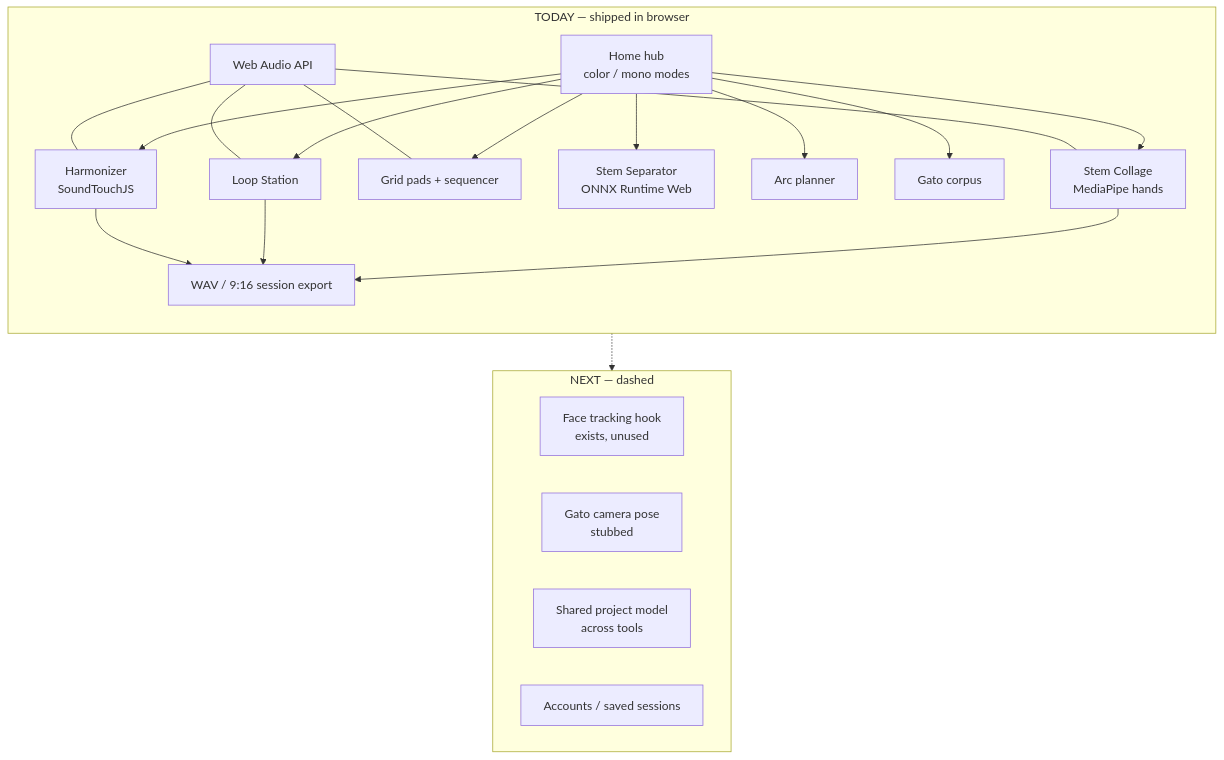
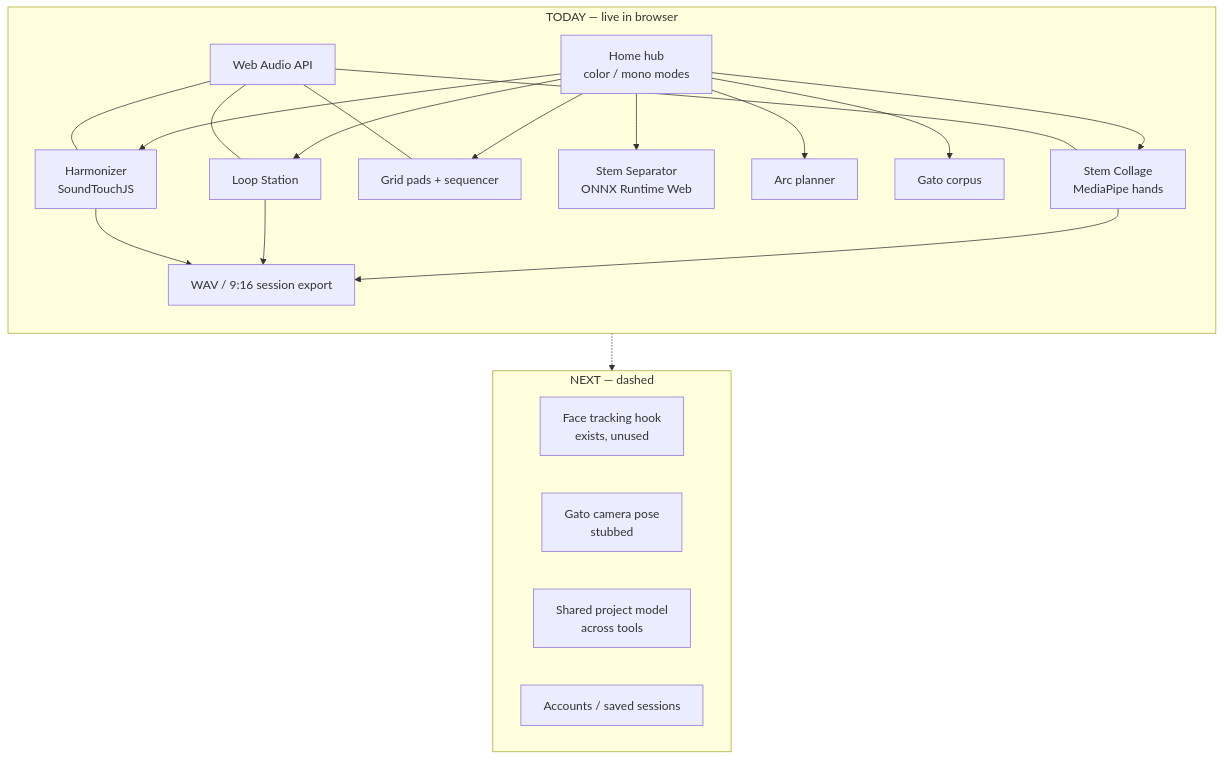
The diagram in README.md (treybradley/Fourier), drawn with Mermaid before and after one commit. The commit also changed other lines of this file and 4 other files, not shown here.

````diff
--- a/README.md
+++ b/README.md
@@ -18,31 +18,31 @@
 ```mermaid
 flowchart TB
-  subgraph Today["TODAY — shipped in browser"]
+  subgraph Today["TODAY — live in browser"]
     direction TB
     Hub[Home hub<br/>color / mono modes]
     Hub --> Collage[Stem Collage<br/>MediaPipe hands]
     Hub --> Looper[Loop Station]
     Hub --> Grid[Grid pads + sequencer]
     Hub --> Sep[Stem Separator<br/>ONNX Runtime Web]
     Hub --> Arc[Arc planner]
     Hub --> Gato[Gato corpus]
     Hub --> Harm[Harmonizer<br/>SoundTouchJS]
     Audio[Web Audio API] --- Collage
     Audio --- Looper
     Audio --- Grid
     Audio --- Harm
     Export[WAV / 9:16 session export]
     Collage --> Export
     Looper --> Export
     Harm --> Export
   end
 
   subgraph Next["NEXT — dashed"]
     Face[Face tracking hook<br/>exists, unused]
     GatoCam[Gato camera pose<br/>stubbed]
     Shared[Shared project model<br/>across tools]
     Auth[Accounts / saved sessions]
   end
 
   Today -.-> Next
 ```
````
